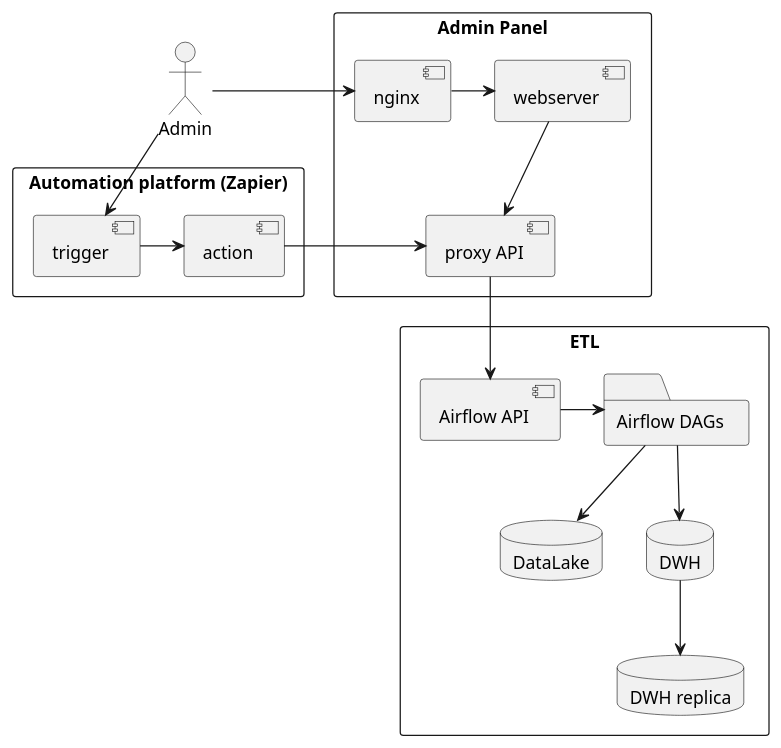
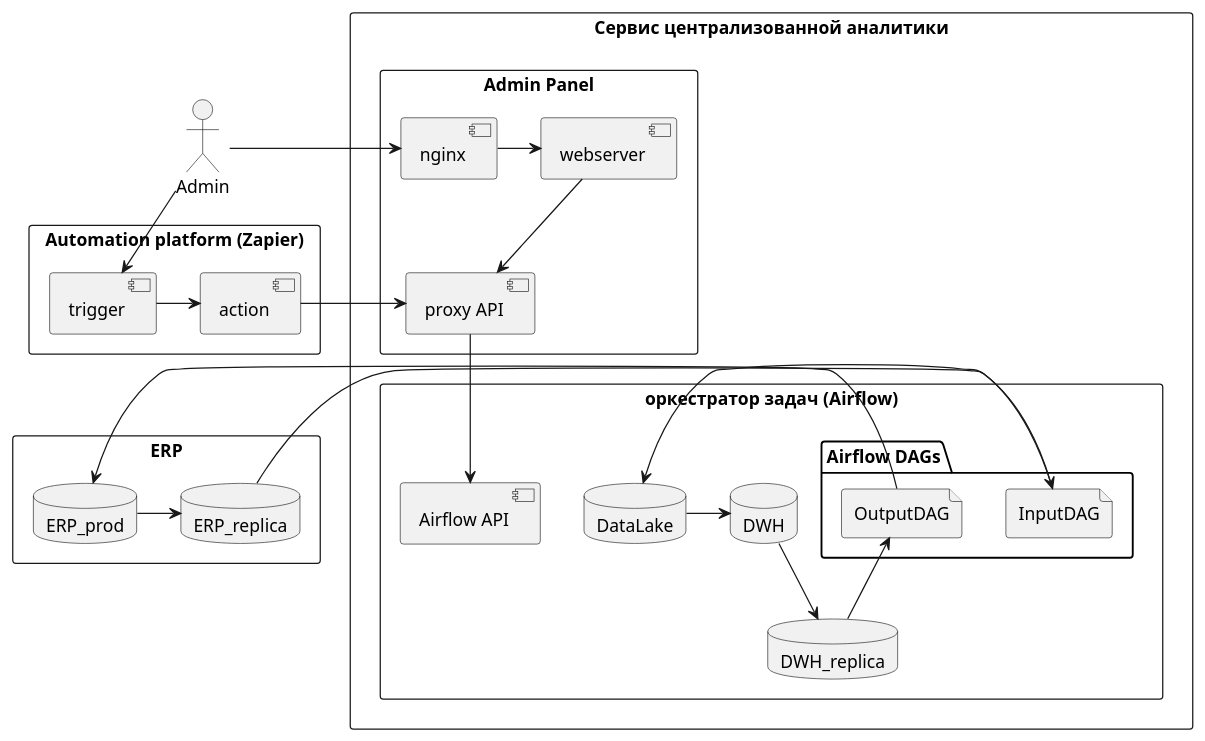
Before and after one commit to etlteam/docs: the diagram in diagrams/architecture.puml, drawn with PlantUML.

```diff
--- a/diagrams/architecture.puml
+++ b/diagrams/architecture.puml
@@ -1,39 +1,56 @@
 @startuml
 actor Admin
-rectangle "Admin Panel" as AP {
-	[nginx]
-	[webserver]
-	[proxy API] as API
 
-	Admin -> nginx
-	nginx -> webserver
-	webserver --> API
+rectangle ERP {
+	database ERP_prod
+	database ERP_replica
+	ERP_prod -> ERP_replica
 }
+
+rectangle "Сервис централизованной аналитики"  {
+
+	rectangle "Admin Panel" as AP {
+		[nginx]
+		[webserver]
+		[proxy API] as API
+
+		Admin -> nginx
+		nginx -> webserver
+		webserver --> API
+	}
+
+	rectangle "оркестратор задач (Airflow)" as ETL {
+		folder "Airflow DAGs" as dag {
+			file InputDAG
+			file OutputDAG
+		}
+		[Airflow API] as airflow
+		API --> airflow
+
+
+		database DataLake
+		database DWH
+		database DWH_replica
+
+		ERP_replica -> InputDAG
+		InputDAG -> DataLake
+		DataLake -> DWH
+
+		DWH --> DWH_replica
+		DWH_replica -> OutputDAG
+		OutputDAG -> ERP_prod
+	}
+}
+
+
 
 rectangle "Automation platform (Zapier)" {
 	[trigger]
 	[action]
 	trigger -> action
 }
-
 Admin -> trigger
-
 action -> API
 
-rectangle ETL {
-	folder "Airflow DAGs" as dag
-	[Airflow API] as airflow
-	API --> airflow
 
-
-	database DataLake
-	database DWH
-	database "DWH replica" as replica
-
-	airflow -> dag
-
-	dag --> DataLake
-	dag --> DWH
-	DWH --> replica
-}
 @enduml
```
